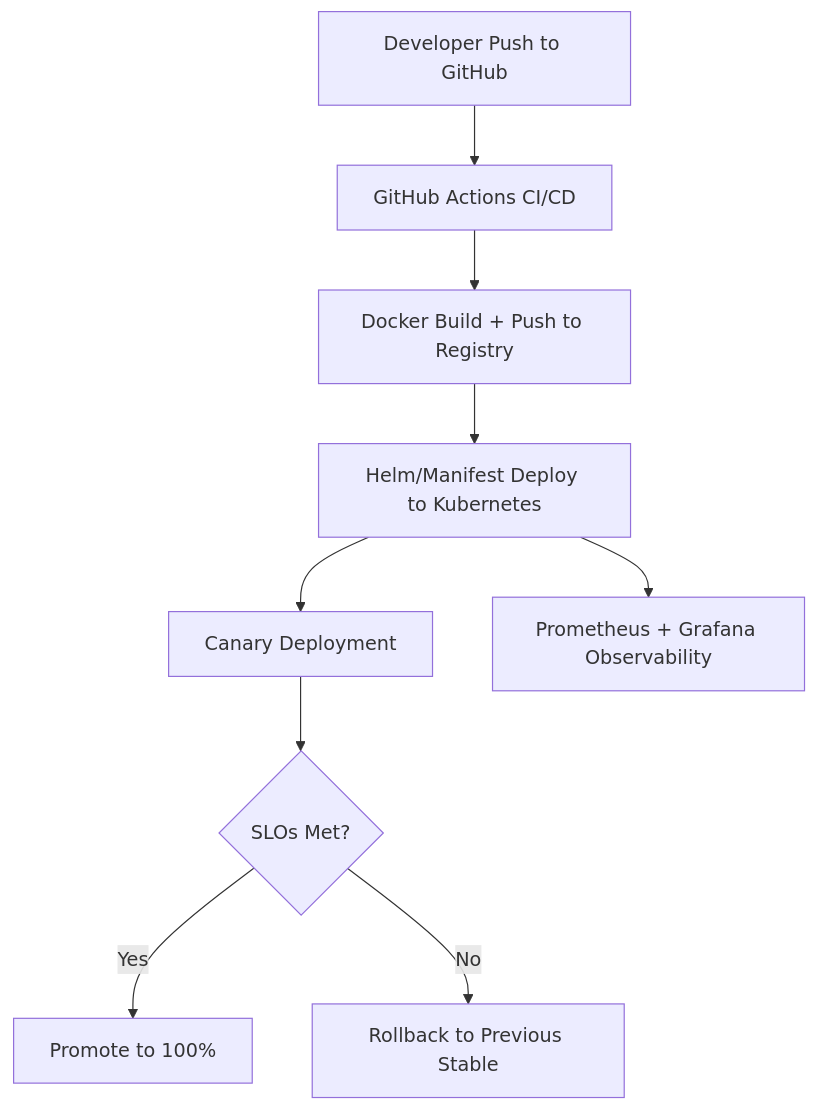
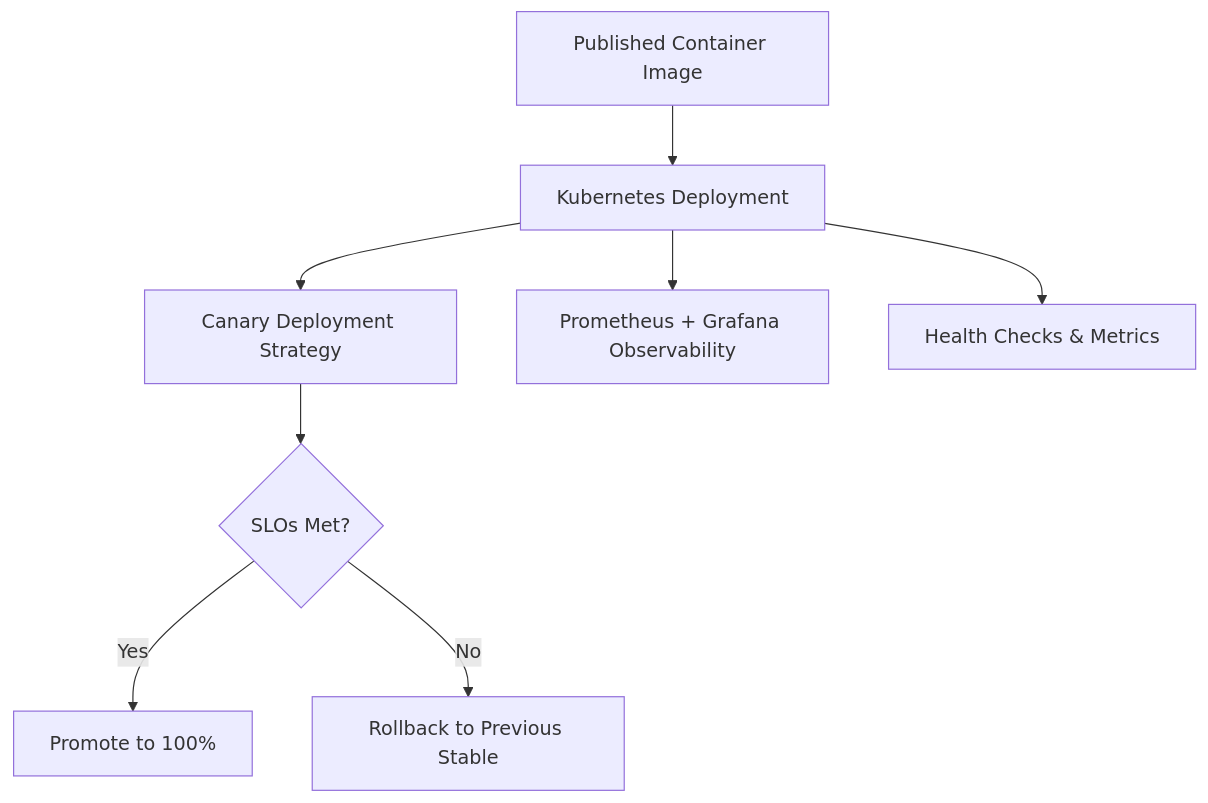
One commit to knappmi/microservice_rollout_monitoring changed the diagram in README.md. Above: the diagram before and after it, drawn with Mermaid. The commit also changed other lines of this file and 38 other files, not shown here.

````diff
--- a/README.md
+++ b/README.md
@@ -14,11 +35,10 @@
 ```mermaid
 graph TD
-    A[Developer Push to GitHub] --> B[GitHub Actions CI/CD]
-    B --> C[Docker Build + Push to Registry]
-    C --> D[Helm/Manifest Deploy to Kubernetes]
-    D --> E[Canary Deployment]
-    E --> F{SLOs Met?}
-    F -->|Yes| G[Promote to 100%]
-    F -->|No| H[Rollback to Previous Stable]
-    D --> I[Prometheus + Grafana Observability]
+    A[Published Container Image] --> B[Kubernetes Deployment]
+    B --> C[Canary Deployment Strategy]
+    C --> D{SLOs Met?}
+    D -->|Yes| E[Promote to 100%]
+    D -->|No| F[Rollback to Previous Stable]
+    B --> G[Prometheus + Grafana Observability]
+    B --> H[Health Checks & Metrics]
 ```
````
